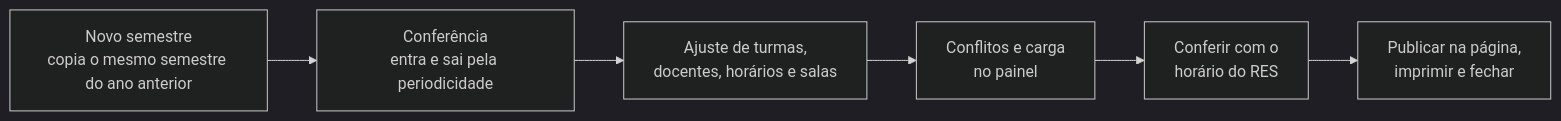
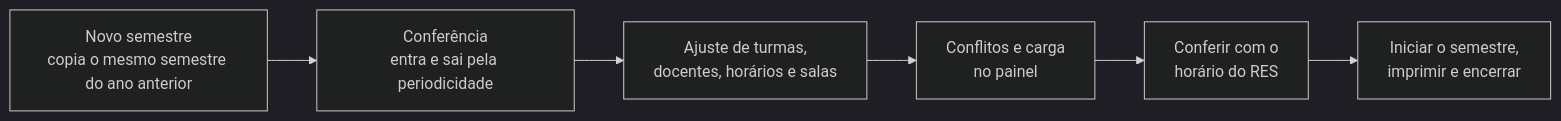
The diagram in README.md (darlanmnunes/oferta-eam-ufv), drawn with Mermaid (dark theme) before and after one commit. The commit also changed other lines of this file and 20 other files, not shown here.

````diff
--- a/README.md
+++ b/README.md
@@ -31,8 +32,8 @@
 ```mermaid
 flowchart LR
   A[Novo semestre<br>copia o mesmo semestre do ano anterior] --> B[Conferência<br>entra e sai pela periodicidade]
   B --> C[Ajuste de turmas,<br>docentes, horários e salas]
   C --> D[Conflitos e carga<br>no painel]
   D --> E[Conferir com o<br>horário do RES]
-  E --> F[Publicar na página,<br>imprimir e fechar]
+  E --> F[Iniciar o semestre,<br>imprimir e encerrar]
 ```
````
